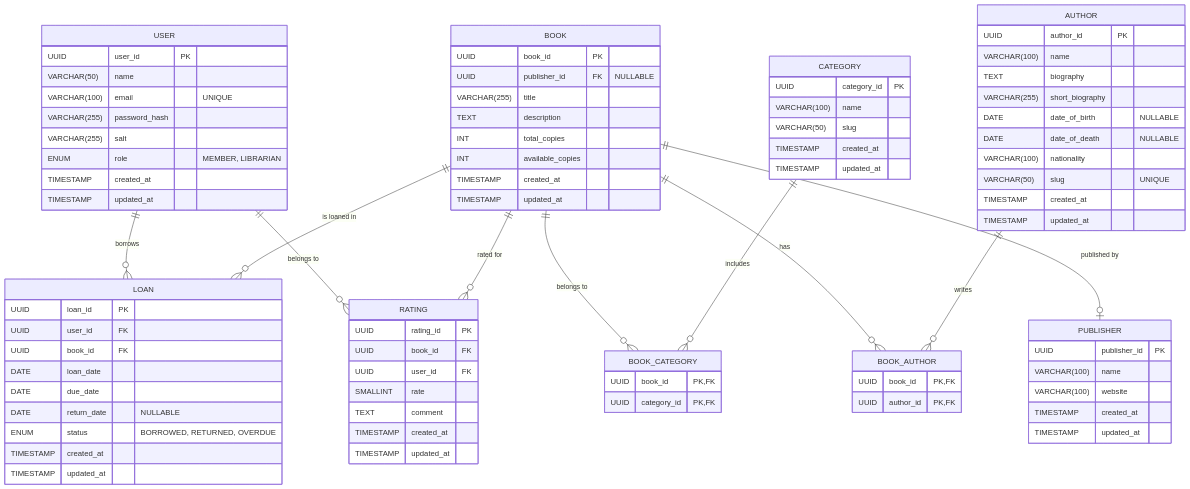
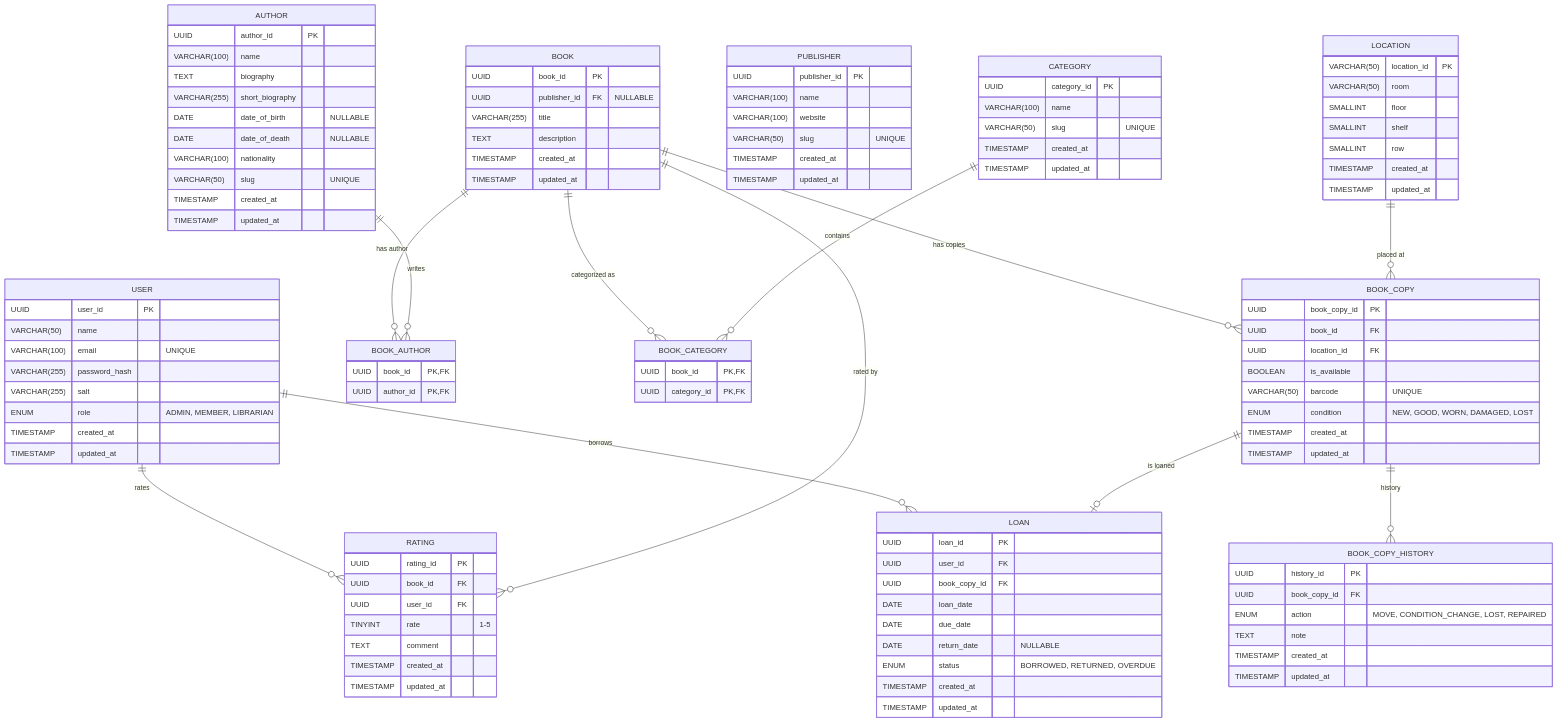
One commit to 2giosangmitom/library-management changed the diagram in README.md. Above: the diagram before and after it, drawn with Mermaid. The commit also changed 1 other file, not shown here.

Commit message:
feat(api): update ER diagram and schema to include new models and attributes

````diff
--- a/README.md
+++ b/README.md
@@ -14,7 +14,7 @@
     VARCHAR(100) email "UNIQUE"
     VARCHAR(255) password_hash
     VARCHAR(255) salt
-    ENUM role "MEMBER, LIBRARIAN"
+    ENUM role "ADMIN, MEMBER, LIBRARIAN"
     TIMESTAMP created_at
     TIMESTAMP updated_at
   }
@@ -22,7 +22,7 @@
   CATEGORY {
     UUID category_id PK
     VARCHAR(100) name
-    VARCHAR(50) slug
+    VARCHAR(50) slug "UNIQUE"
     TIMESTAMP created_at
     TIMESTAMP updated_at
   }
@@ -40,13 +40,20 @@
     TIMESTAMP updated_at
   }
 
+  PUBLISHER {
+    UUID publisher_id PK
+    VARCHAR(100) name
+    VARCHAR(100) website
+    VARCHAR(50) slug "UNIQUE"
+    TIMESTAMP created_at
+    TIMESTAMP updated_at
+  }
+
   BOOK {
     UUID book_id PK
     UUID publisher_id FK "NULLABLE"
     VARCHAR(255) title
     TEXT description
-    INT total_copies
-    INT available_copies
     TIMESTAMP created_at
     TIMESTAMP updated_at
   }
@@ -61,10 +68,32 @@
     UUID category_id PK, FK
   }
 
-  PUBLISHER {
-    UUID publisher_id PK
-    VARCHAR(100) name
-    VARCHAR(100) website
+  LOCATION {
+    VARCHAR(50) location_id PK
+    VARCHAR(50) room
+    SMALLINT floor
+    SMALLINT shelf
+    SMALLINT row
+    TIMESTAMP created_at
+    TIMESTAMP updated_at
+  }
+
+  BOOK_COPY {
+    UUID book_copy_id PK
+    UUID book_id FK
+    UUID location_id FK
+    BOOLEAN is_available
+    VARCHAR(50) barcode "UNIQUE"
+    ENUM condition "NEW, GOOD, WORN, DAMAGED, LOST"
+    TIMESTAMP created_at
+    TIMESTAMP updated_at
+  }
+
+  BOOK_COPY_HISTORY {
+    UUID history_id PK
+    UUID book_copy_id FK
+    ENUM action "MOVE, CONDITION_CHANGE, LOST, REPAIRED"
+    TEXT note
     TIMESTAMP created_at
     TIMESTAMP updated_at
   }
@@ -72,7 +101,7 @@
   LOAN {
     UUID loan_id PK
     UUID user_id FK
-    UUID book_id FK
+    UUID book_copy_id FK
     DATE loan_date
     DATE due_date
     DATE return_date "NULLABLE"
@@ -85,19 +114,26 @@
     UUID rating_id PK
     UUID book_id FK
     UUID user_id FK
-    SMALLINT rate
+    TINYINT rate "1-5"
     TEXT comment
     TIMESTAMP created_at
     TIMESTAMP updated_at
   }
 
   USER ||--o{ LOAN: "borrows"
-  BOOK ||--o{ LOAN: "is loaned in"
-  BOOK ||--o{ BOOK_AUTHOR: "has"
-  BOOK ||--o| PUBLISHER: "published by"
+  BOOK_COPY ||--o| LOAN: "is loaned"
+
+  BOOK ||--o{ BOOK_AUTHOR: "has author"
   AUTHOR ||--o{ BOOK_AUTHOR: "writes"
-  BOOK ||--o{ BOOK_CATEGORY: "belongs to"
-  CATEGORY ||--o{ BOOK_CATEGORY: "includes"
-  USER ||--o{ RATING: "belongs to"
-  BOOK ||--o{ RATING: "rated for"
+
+  BOOK ||--o{ BOOK_CATEGORY: "categorized as"
+  CATEGORY ||--o{ BOOK_CATEGORY: "contains"
+
+  USER ||--o{ RATING: "rates"
+  BOOK ||--o{ RATING: "rated by"
+
+  BOOK ||--o{ BOOK_COPY: "has copies"
+  LOCATION ||--o{ BOOK_COPY: "placed at"
+
+  BOOK_COPY ||--o{ BOOK_COPY_HISTORY: "history"
 ```
````
